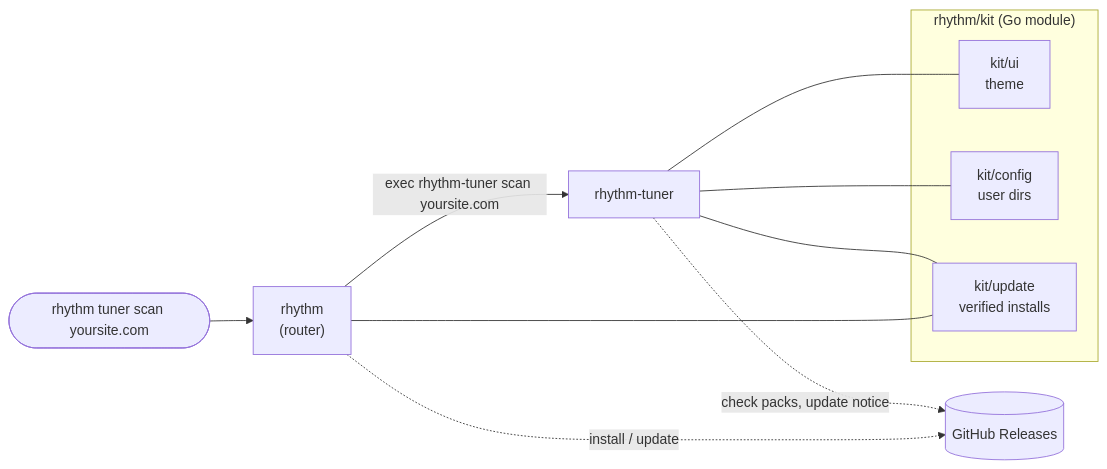
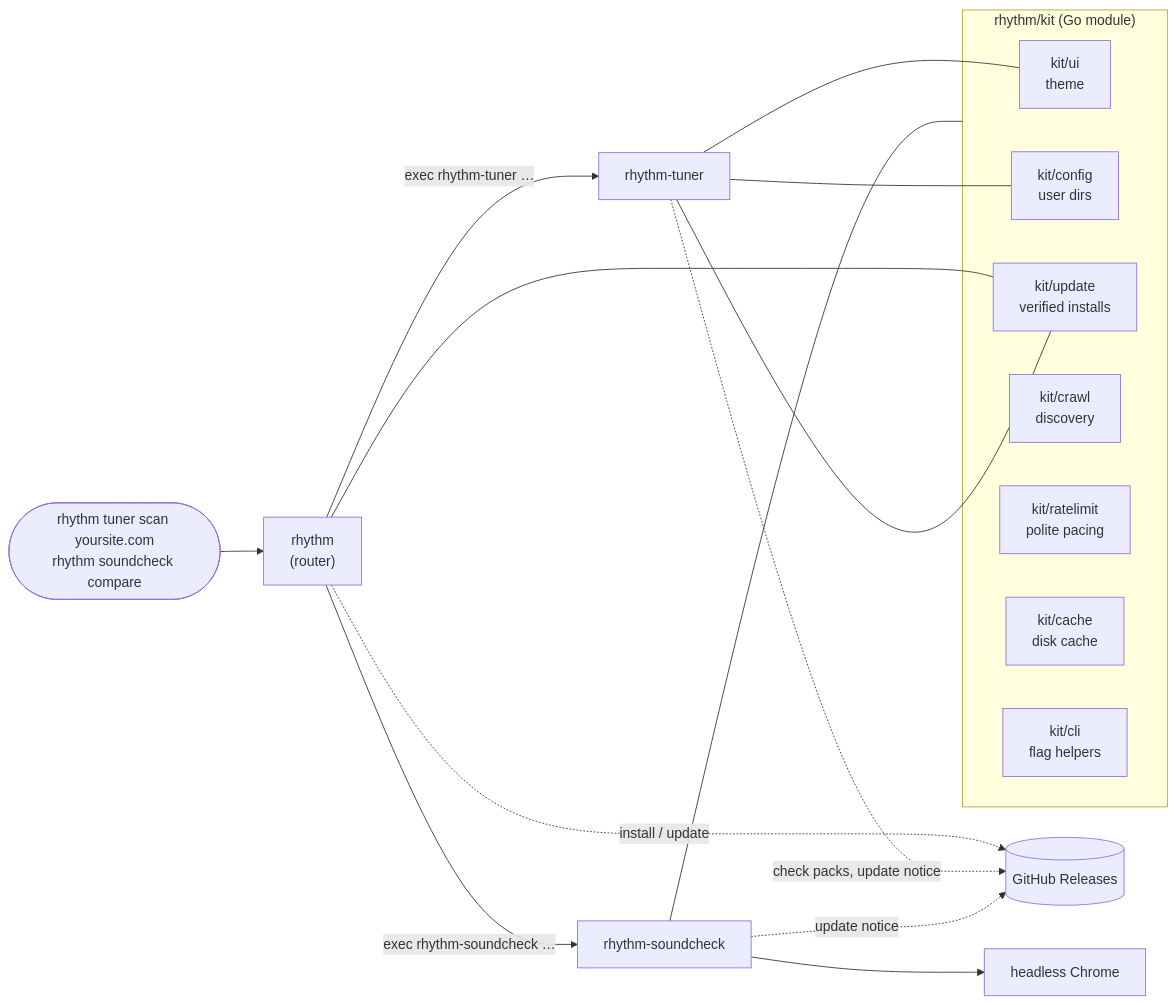
One commit to RhythmShahriar/rhythm changed the first of 3 diagrams in wiki/Architecture.md. Above: the diagram before and after it, drawn with Mermaid. The commit also changed other lines of this file and 12 other files, not shown here.

````diff
--- a/wiki/Architecture.md
+++ b/wiki/Architecture.md
@@ -5,16 +5,24 @@
 ```mermaid
 flowchart LR
-  user(["rhythm tuner scan yoursite.com"]) --> router["rhythm<br/>(router)"]
-  router -- "exec rhythm-tuner scan yoursite.com" --> tuner["rhythm-tuner"]
+  user(["rhythm tuner scan yoursite.com<br/>rhythm soundcheck compare"]) --> router["rhythm<br/>(router)"]
+  router -- "exec rhythm-tuner …" --> tuner["rhythm-tuner"]
+  router -- "exec rhythm-soundcheck …" --> sc["rhythm-soundcheck"]
   router -. "install / update" .-> gh[("GitHub Releases")]
   tuner -. "check packs, update notice" .-> gh
+  sc -. "update notice" .-> gh
+  sc --> chrome["headless Chrome"]
   subgraph kit ["rhythm/kit (Go module)"]
     ui["kit/ui<br/>theme"]
     config["kit/config<br/>user dirs"]
     update["kit/update<br/>verified installs"]
+    crawl["kit/crawl<br/>discovery"]
+    rl["kit/ratelimit<br/>polite pacing"]
+    cache["kit/cache<br/>disk cache"]
+    cli["kit/cli<br/>flag helpers"]
   end
   router --- update
   tuner --- ui
   tuner --- config
   tuner --- update
+  sc --- kit
 ```
````
